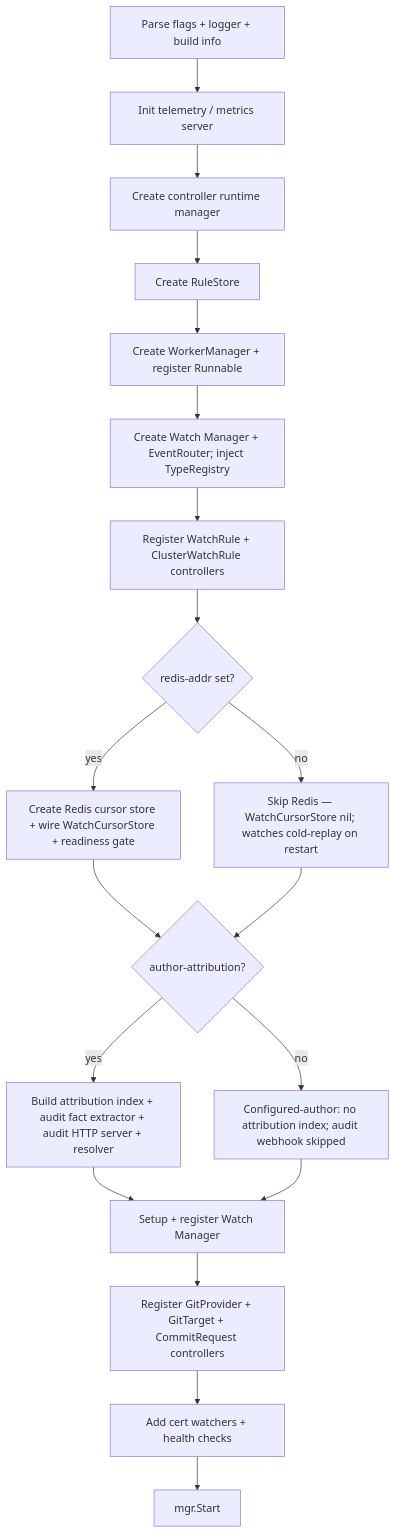
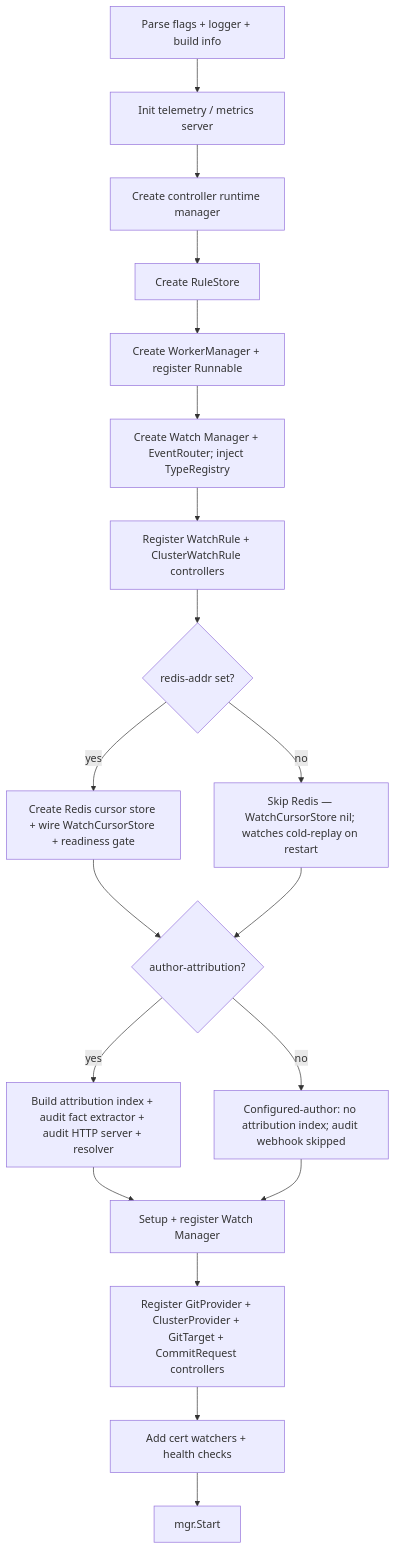
Before and after one commit to ConfigButler/gitops-reverser: the fifth of 5 diagrams in docs/architecture.md, drawn with Mermaid. The commit also changed other lines of this file and 85 other files, not shown here.

First line of the commit message:
feat: ClusterProvider — source clusters by name, reconcile-time namespace authorization (#251)

````diff
--- a/docs/architecture.md
+++ b/docs/architecture.md
@@ -1024,21 +1063,21 @@
 ```mermaid
 flowchart TD
     A[Parse flags + logger + build info] --> B[Init telemetry / metrics server]
     B --> C[Create controller runtime manager]
     C --> D[Create RuleStore]
     D --> E[Create WorkerManager + register Runnable]
     E --> F[Create Watch Manager + EventRouter; inject TypeRegistry]
     F --> G[Register WatchRule + ClusterWatchRule controllers]
     G --> H{redis-addr set?}
     H -->|yes| Hi[Create Redis cursor store + wire WatchCursorStore + readiness gate]
     H -->|no| Hj[Skip Redis — WatchCursorStore nil; watches cold-replay on restart]
     Hi --> Hq{author-attribution?}
     Hj --> Hq
     Hq -->|yes| I[Build attribution index + audit fact extractor + audit HTTP server + resolver]
     Hq -->|no| J[Configured-author: no attribution index; audit webhook skipped]
     I --> K[Setup + register Watch Manager]
     J --> K
-    K --> L[Register GitProvider + GitTarget + CommitRequest controllers]
+    K --> L[Register GitProvider + ClusterProvider + GitTarget + CommitRequest controllers]
     L --> M[Add cert watchers + health checks]
     M --> N[mgr.Start]
 ```
````
